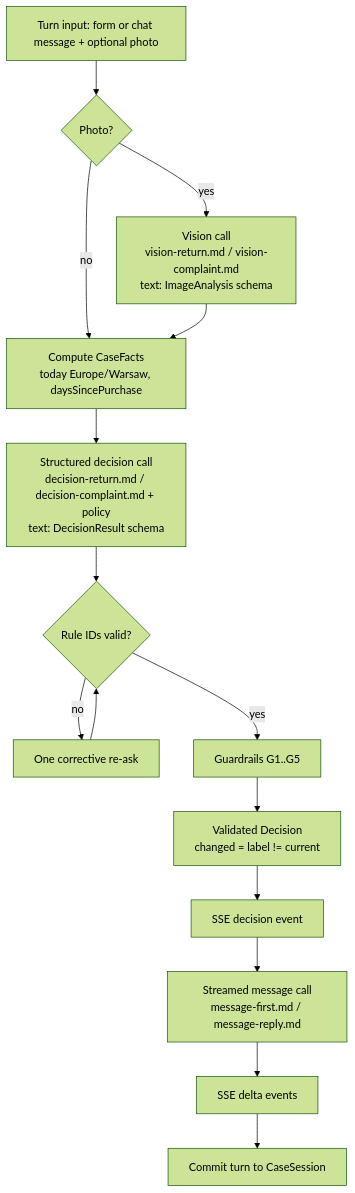
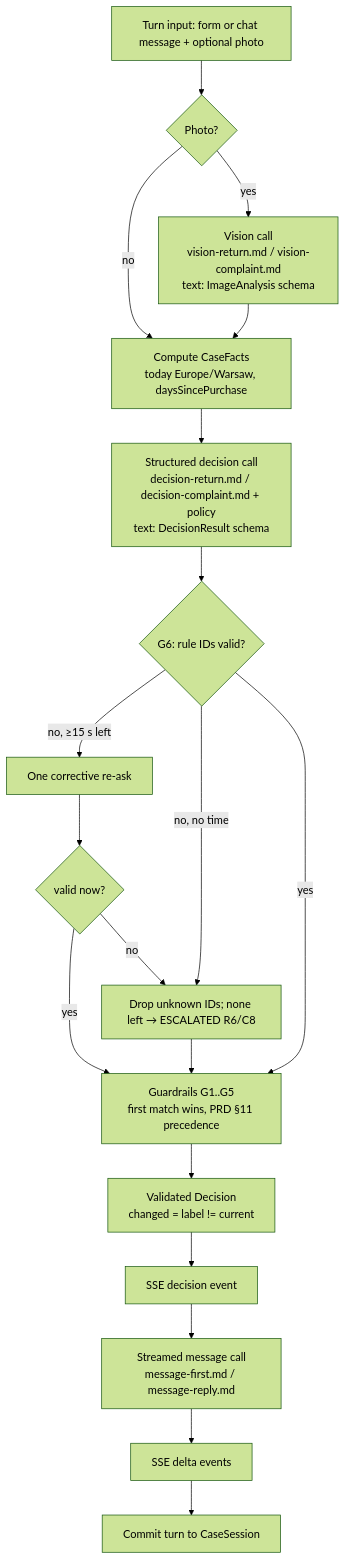
Before and after one commit to crimson-lake/jsystems-ai-programming-2026-11: the second of 3 diagrams in docs/ADR/001-llm-integration.md, drawn with Mermaid (forest theme). The commit also changed other lines of this file and 4 other files, not shown here.

````diff
--- a/docs/ADR/001-llm-integration.md
+++ b/docs/ADR/001-llm-integration.md
@@ -329,16 +355,20 @@
 ```mermaid
 flowchart TD
   A[Turn input: form or chat message + optional photo] --> B{Photo?}
   B -- yes --> C[Vision call<br/>vision-return.md / vision-complaint.md<br/>text: ImageAnalysis schema]
   B -- no --> D
   C --> D[Compute CaseFacts<br/>today Europe/Warsaw, daysSincePurchase]
   D --> E[Structured decision call<br/>decision-return.md / decision-complaint.md + policy<br/>text: DecisionResult schema]
-  E --> F{Rule IDs valid?}
-  F -- no --> F1[One corrective re-ask] --> F
-  F -- yes --> G[Guardrails G1..G5]
+  E --> F{G6: rule IDs valid?}
+  F -- "no, ≥15 s left" --> F1[One corrective re-ask] --> F2{valid now?}
+  F2 -- no --> F3[Drop unknown IDs; none left → ESCALATED R6/C8]
+  F -- "no, no time" --> F3
+  F2 -- yes --> G
+  F3 --> G
+  F -- yes --> G[Guardrails G1..G5<br/>first match wins, PRD §11 precedence]
   G --> H[Validated Decision<br/>changed = label != current]
   H --> I[SSE decision event]
   I --> J[Streamed message call<br/>message-first.md / message-reply.md]
   J --> K[SSE delta events]
   K --> L[Commit turn to CaseSession]
 ```
````
